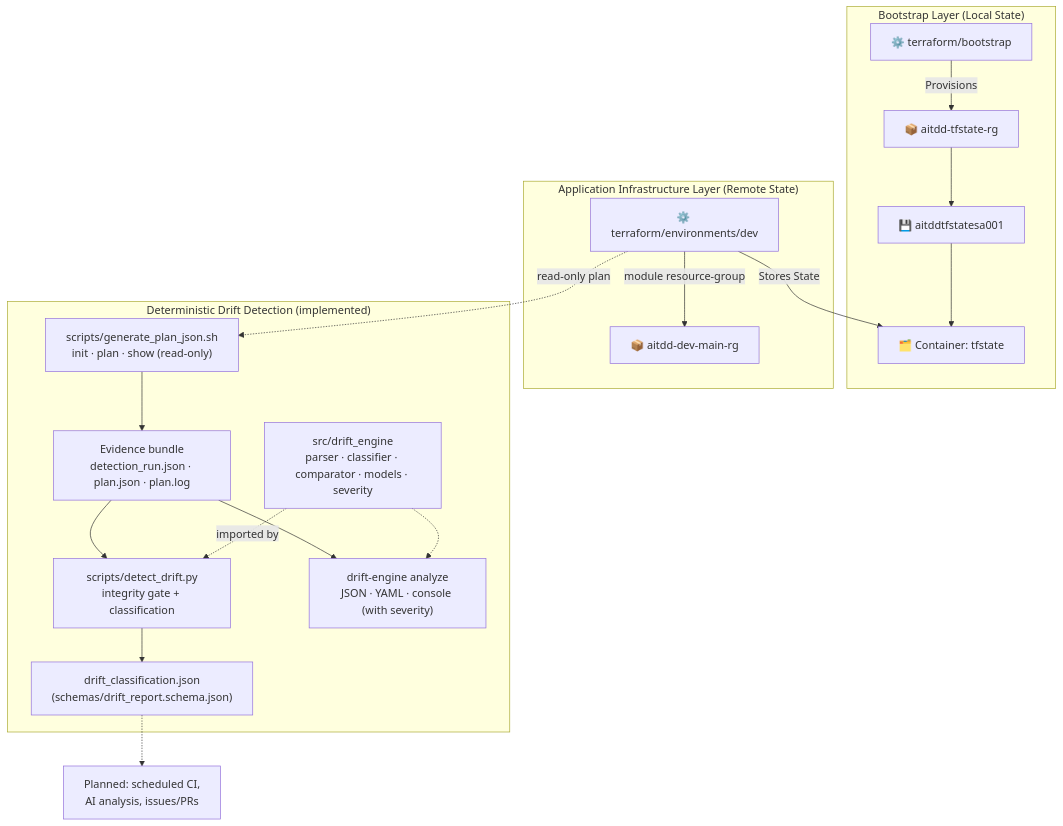
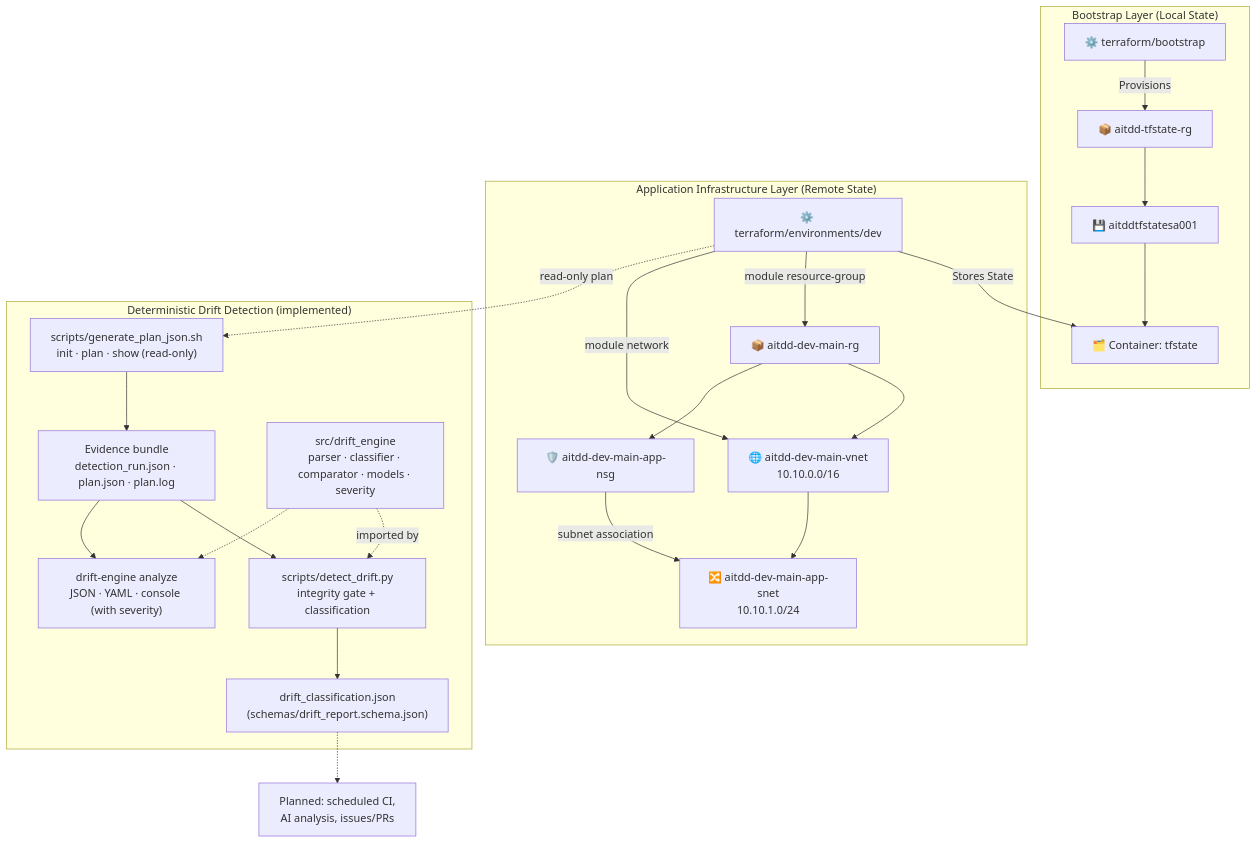
Before and after one commit to HarshAgarwal1102/ai-terraform-drift-detector: the diagram in README.md, drawn with Mermaid. The commit also changed other lines of this file and 8 other files, not shown here.

Commit message:
feat: expand dev infrastructure with network resources

````diff
--- a/README.md
+++ b/README.md
@@ -82,25 +83,30 @@
 ```mermaid
 flowchart TD
     subgraph "Bootstrap Layer (Local State)"
         BOOTSTRAP["⚙️ terraform/bootstrap"] -->|"Provisions"| STATE_RG["📦 aitdd-tfstate-rg"]
         STATE_RG --> STATE_SA["💾 aitddtfstatesa001"]
         STATE_SA --> STATE_CONTAINER["🗂️ Container: tfstate"]
     end
 
     subgraph "Application Infrastructure Layer (Remote State)"
         DEV_ENV["⚙️ terraform/environments/dev"] -->|"Stores State"| STATE_CONTAINER
         DEV_ENV -->|"module resource-group"| APP_RG["📦 aitdd-dev-main-rg"]
+        DEV_ENV -->|"module network"| APP_VNET["🌐 aitdd-dev-main-vnet<br/>10.10.0.0/16"]
+        APP_RG --> APP_VNET
+        APP_VNET --> APP_SNET["🔀 aitdd-dev-main-app-snet<br/>10.10.1.0/24"]
+        APP_NSG["🛡️ aitdd-dev-main-app-nsg"] -->|"subnet association"| APP_SNET
+        APP_RG --> APP_NSG
     end
 
     subgraph "Deterministic Drift Detection (implemented)"
         GEN["scripts/generate_plan_json.sh<br/>init · plan · show (read-only)"] --> BUNDLE["Evidence bundle<br/>detection_run.json · plan.json · plan.log"]
         BUNDLE --> DETECT["scripts/detect_drift.py<br/>integrity gate + classification"]
         DETECT --> REPORT["drift_classification.json<br/>(schemas/drift_report.schema.json)"]
         ENGINE["src/drift_engine<br/>parser · classifier · comparator · models · severity"] -.->|"imported by"| DETECT
         BUNDLE --> CLI["drift-engine analyze<br/>JSON · YAML · console (with severity)"]
         ENGINE -.-> CLI
     end
 
     DEV_ENV -.->|"read-only plan"| GEN
     REPORT -.-> FUTURE["Planned: scheduled CI,<br/>AI analysis, issues/PRs"]
 ```
````
